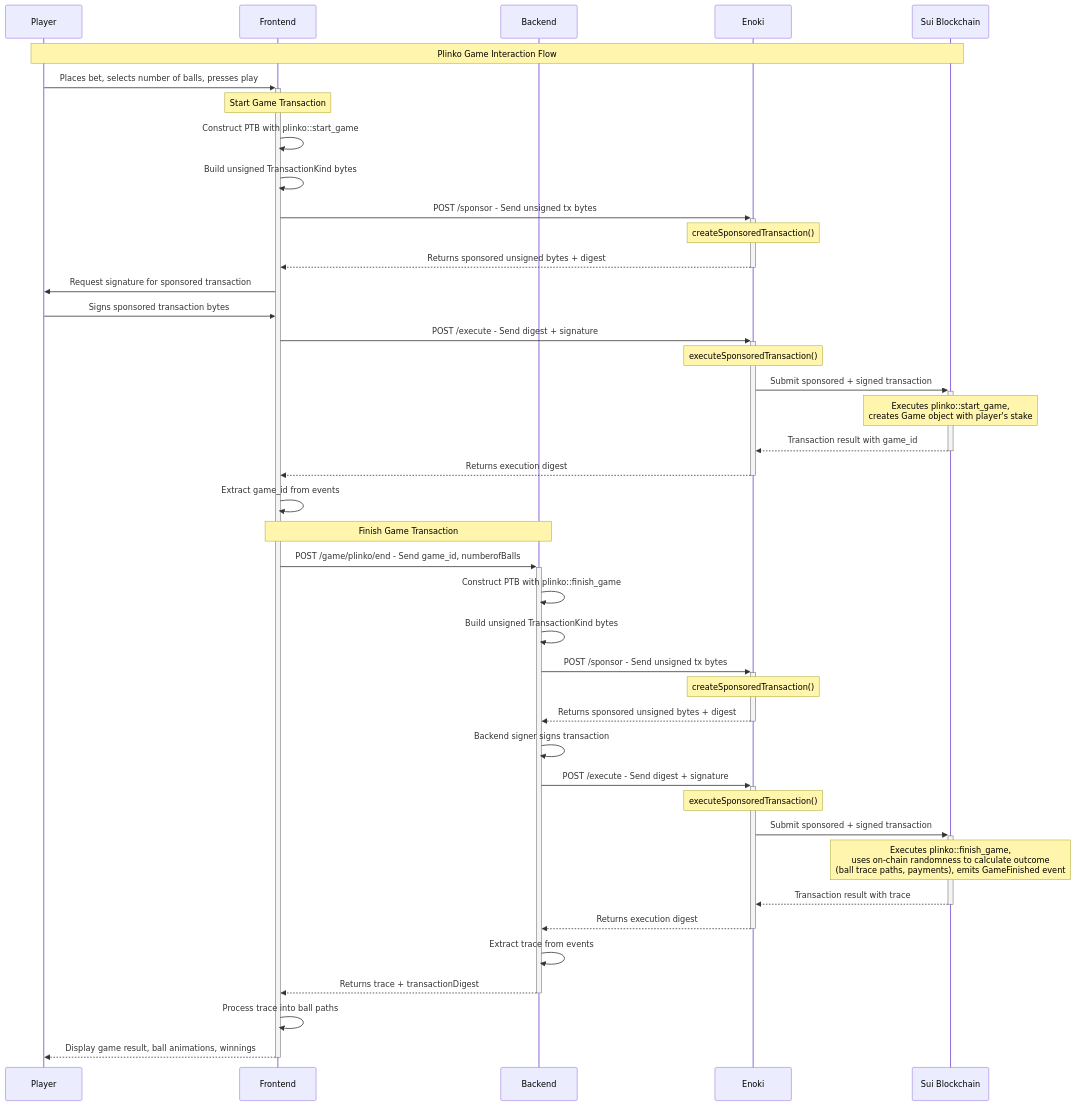
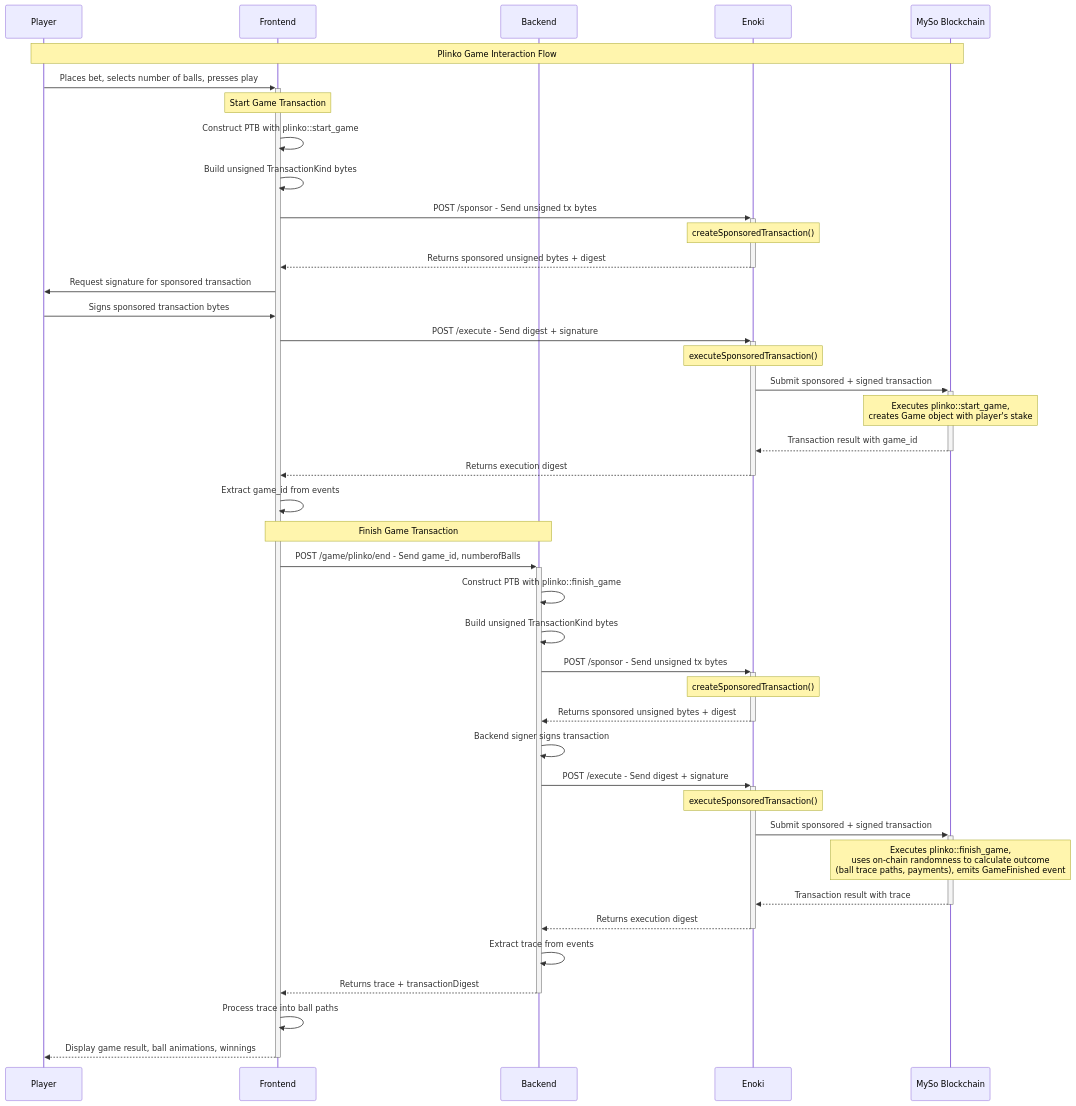
The diagram in docs/content/guides/developer/app-examples/plinko.mdx (The-Social-Proof-Foundation/myso-core), drawn with Mermaid before and after one commit. The commit also changed other lines of this file and 2173 other files, not shown here.

````diff
--- a/docs/content/guides/developer/app-examples/plinko.mdx
+++ b/docs/content/guides/developer/app-examples/plinko.mdx
@@ -29,47 +29,47 @@
 ```mermaid
 sequenceDiagram
     participant Player as Player
     participant FE as Frontend
     participant BE as Backend
     participant Enoki as Enoki
-    participant Blockchain as Sui Blockchain
+    participant Blockchain as MySo Blockchain
 
     Note over Player, Blockchain: Plinko Game Interaction Flow
 
     Player->>+FE: Places bet, selects number of balls, presses play
 
     Note over FE: Start Game Transaction
     FE->>FE: Construct PTB with plinko::start_game
     FE->>FE: Build unsigned TransactionKind bytes
     FE->>+Enoki: POST /sponsor - Send unsigned tx bytes
     Note over Enoki: createSponsoredTransaction()
     Enoki-->>-FE: Returns sponsored unsigned bytes + digest
     FE->>Player: Request signature for sponsored transaction
     Player->>FE: Signs sponsored transaction bytes
     FE->>+Enoki: POST /execute - Send digest + signature
     Note over Enoki: executeSponsoredTransaction()
     Enoki->>+Blockchain: Submit sponsored + signed transaction
     Note over Blockchain: Executes plinko::start_game,<br/>creates Game object with player's stake
     Blockchain-->>-Enoki: Transaction result with game_id
     Enoki-->>-FE: Returns execution digest
     FE->>FE: Extract game_id from events
 
     Note over FE,BE: Finish Game Transaction
     FE->>+BE: POST /game/plinko/end - Send game_id, numberofBalls
     BE->>BE: Construct PTB with plinko::finish_game
     BE->>BE: Build unsigned TransactionKind bytes
     BE->>+Enoki: POST /sponsor - Send unsigned tx bytes
     Note over Enoki: createSponsoredTransaction()
     Enoki-->>-BE: Returns sponsored unsigned bytes + digest
     BE->>BE: Backend signer signs transaction
     BE->>+Enoki: POST /execute - Send digest + signature
     Note over Enoki: executeSponsoredTransaction()
     Enoki->>+Blockchain: Submit sponsored + signed transaction
     Note over Blockchain: Executes plinko::finish_game,<br/>uses on-chain randomness to calculate outcome<br/>(ball trace paths, payments), emits GameFinished event
     Blockchain-->>-Enoki: Transaction result with trace
     Enoki-->>-BE: Returns execution digest
     BE->>BE: Extract trace from events
     BE-->>-FE: Returns trace + transactionDigest
     FE->>FE: Process trace into ball paths
     FE-->>-Player: Display game result, ball animations, winnings
 ```
````
